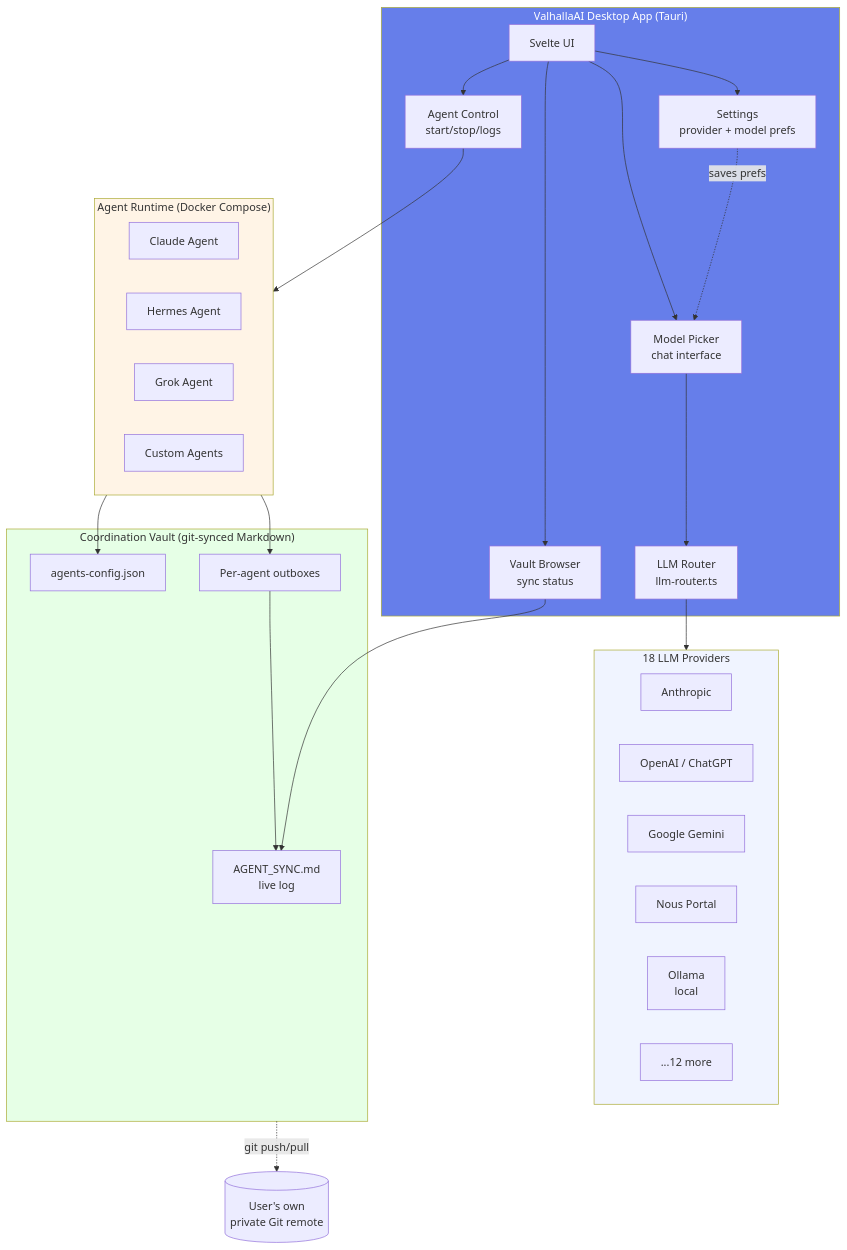
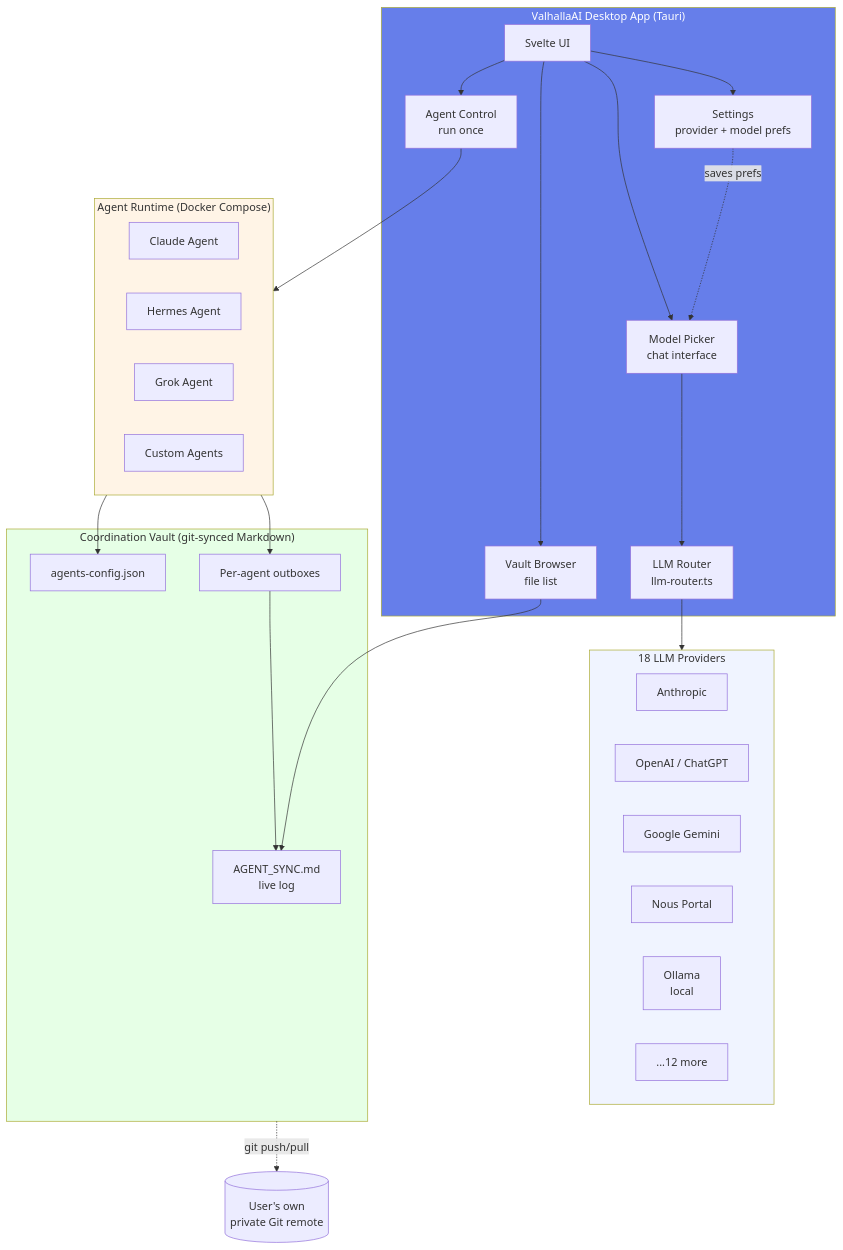
The first of 5 diagrams in ARCHITECTURE.md (jacobcowanr/ValhallaAI), drawn with Mermaid before and after one commit. The commit also changed other lines of this file and 5 other files, not shown here.

````diff
--- a/ARCHITECTURE.md
+++ b/ARCHITECTURE.md
@@ -17,57 +17,57 @@
 ```mermaid
 graph TB
     subgraph Desktop["ValhallaAI Desktop App (Tauri)"]
         UI[Svelte UI]
         Settings[Settings<br/>provider + model prefs]
         ModelPicker[Model Picker<br/>chat interface]
-        VaultBrowser[Vault Browser<br/>sync status]
-        AgentControl[Agent Control<br/>start/stop/logs]
+        VaultBrowser[Vault Browser<br/>file list]
+        AgentControl[Agent Control<br/>run once]
         Router[LLM Router<br/>llm-router.ts]
     end
 
     subgraph Providers["18 LLM Providers"]
         direction LR
         P1[Anthropic]
         P2[OpenAI / ChatGPT]
         P3[Google Gemini]
         P4[Nous Portal]
         P5[Ollama<br/>local]
         P6[...12 more]
     end
 
     subgraph Runtime["Agent Runtime (Docker Compose)"]
         direction LR
         A1[Claude Agent]
         A2[Hermes Agent]
         A3[Grok Agent]
         A4[Custom Agents]
     end
 
     subgraph Vault["Coordination Vault (git-synced Markdown)"]
         Sync[AGENT_SYNC.md<br/>live log]
         Config[agents-config.json]
         Outbox[Per-agent outboxes]
     end
 
     UI --> Settings
     UI --> ModelPicker
     UI --> VaultBrowser
     UI --> AgentControl
 
     ModelPicker --> Router
     Settings -.saves prefs.-> ModelPicker
     Router --> Providers
 
     AgentControl --> Runtime
     Runtime --> Outbox
     Outbox --> Sync
     VaultBrowser --> Sync
     Runtime --> Config
 
     Vault -. git push/pull .-> RemoteGit[(User's own<br/>private Git remote)]
 
     style Desktop fill:#667eea,color:#fff
     style Providers fill:#f0f4ff
     style Runtime fill:#fff4e6
     style Vault fill:#e6ffe6
 ```
````
